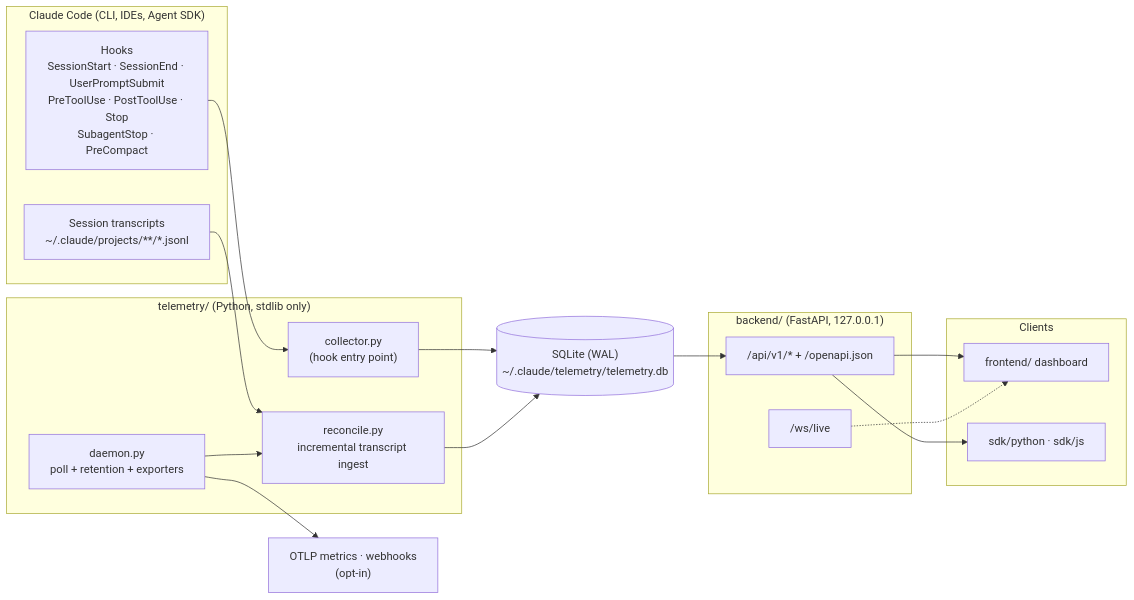
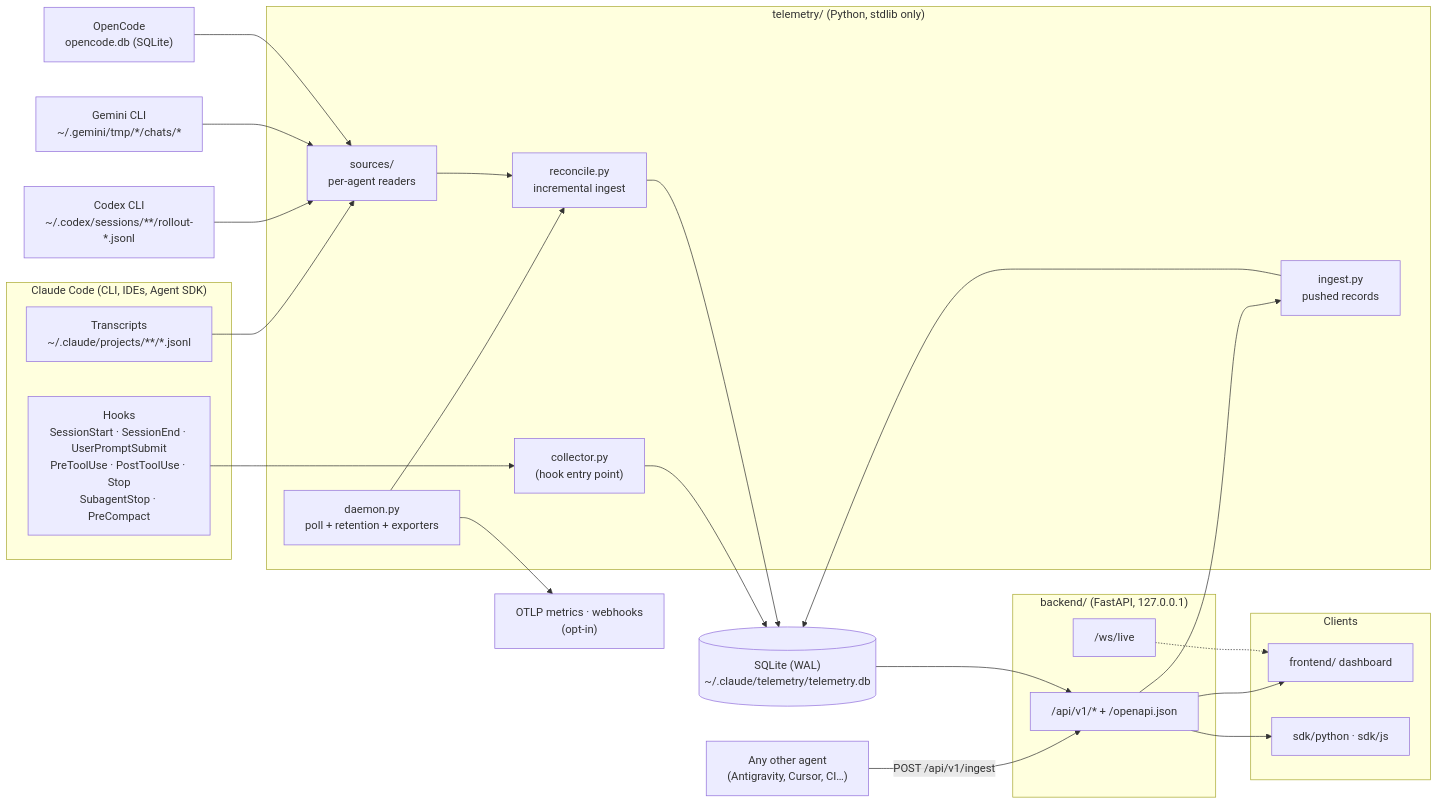
The first of 2 diagrams in docs/ARCHITECTURE.md (sarveshtalele/knowyourtokens), drawn with Mermaid before and after one commit. The commit also changed other lines of this file and 101 other files, not shown here.

````diff
--- a/docs/ARCHITECTURE.md
+++ b/docs/ARCHITECTURE.md
@@ -11,35 +12,47 @@
 ```mermaid
 flowchart LR
     subgraph CC["Claude Code (CLI, IDEs, Agent SDK)"]
         H["Hooks\nSessionStart · SessionEnd · UserPromptSubmit\nPreToolUse · PostToolUse · Stop\nSubagentStop · PreCompact"]
-        T["Session transcripts\n~/.claude/projects/**/*.jsonl"]
+        T["Transcripts\n~/.claude/projects/**/*.jsonl"]
     end
+
+    CX["Codex CLI\n~/.codex/sessions/**/rollout-*.jsonl"]
+    GM["Gemini CLI\n~/.gemini/tmp/*/chats/*"]
+    OC["OpenCode\nopencode.db (SQLite)"]
+    ANY["Any other agent\n(Antigravity, Cursor, CI…)"]
 
     subgraph Collector["telemetry/ (Python, stdlib only)"]
         HK["collector.py\n(hook entry point)"]
         D["daemon.py\npoll + retention + exporters"]
-        R["reconcile.py\nincremental transcript ingest"]
+        SRC["sources/\nper-agent readers"]
+        R["reconcile.py\nincremental ingest"]
+        IN["ingest.py\npushed records"]
     end
 
     DB[("SQLite (WAL)\n~/.claude/telemetry/telemetry.db")]
 
     subgraph Server["backend/ (FastAPI, 127.0.0.1)"]
         API["/api/v1/*  +  /openapi.json"]
         WS["/ws/live"]
     end
 
     subgraph Clients
         UI["frontend/ dashboard"]
         SDK["sdk/python · sdk/js"]
     end
 
     EXP["OTLP metrics · webhooks\n(opt-in)"]
 
     H --> HK --> DB
-    T --> R
-    D --> R --> DB
+    T --> SRC
+    CX --> SRC
+    GM --> SRC
+    OC --> SRC
+    D --> R
+    SRC --> R --> DB
+    ANY -- "POST /api/v1/ingest" --> API --> IN --> DB
     D --> EXP
     DB --> API --> UI
     API --> SDK
     WS -.-> UI
 ```
````
